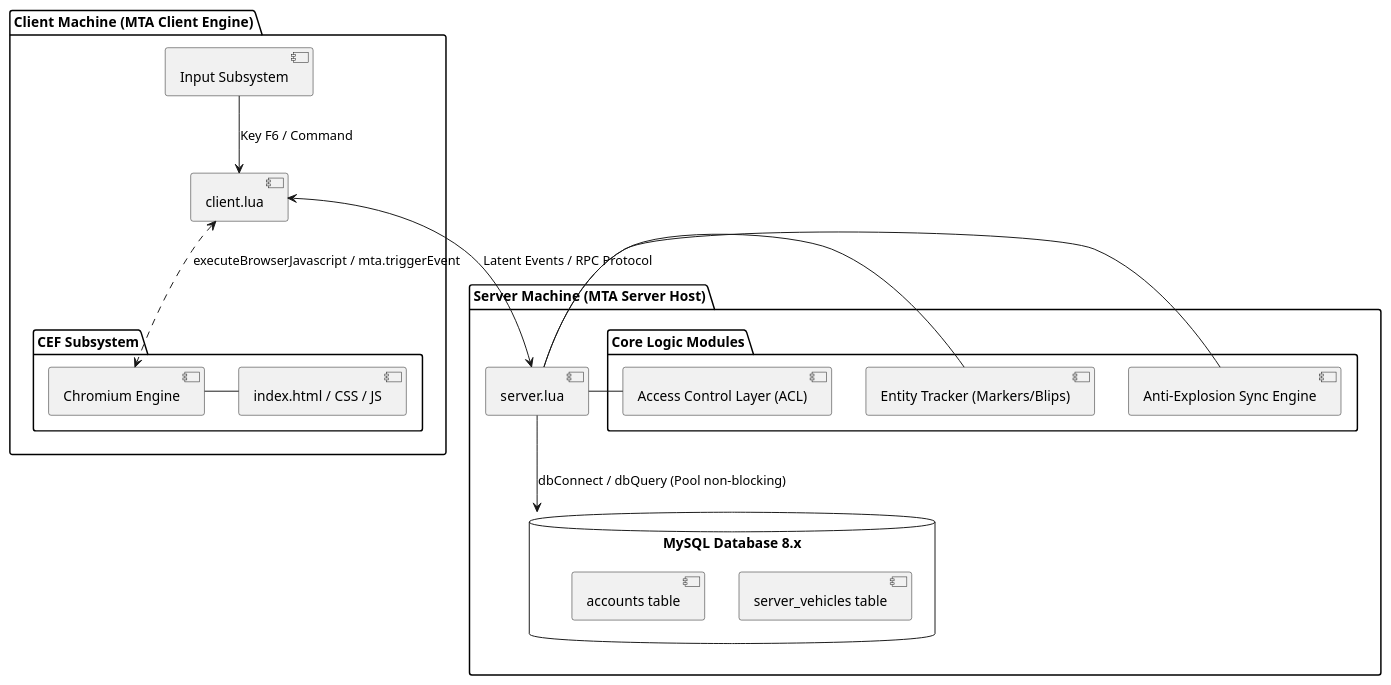
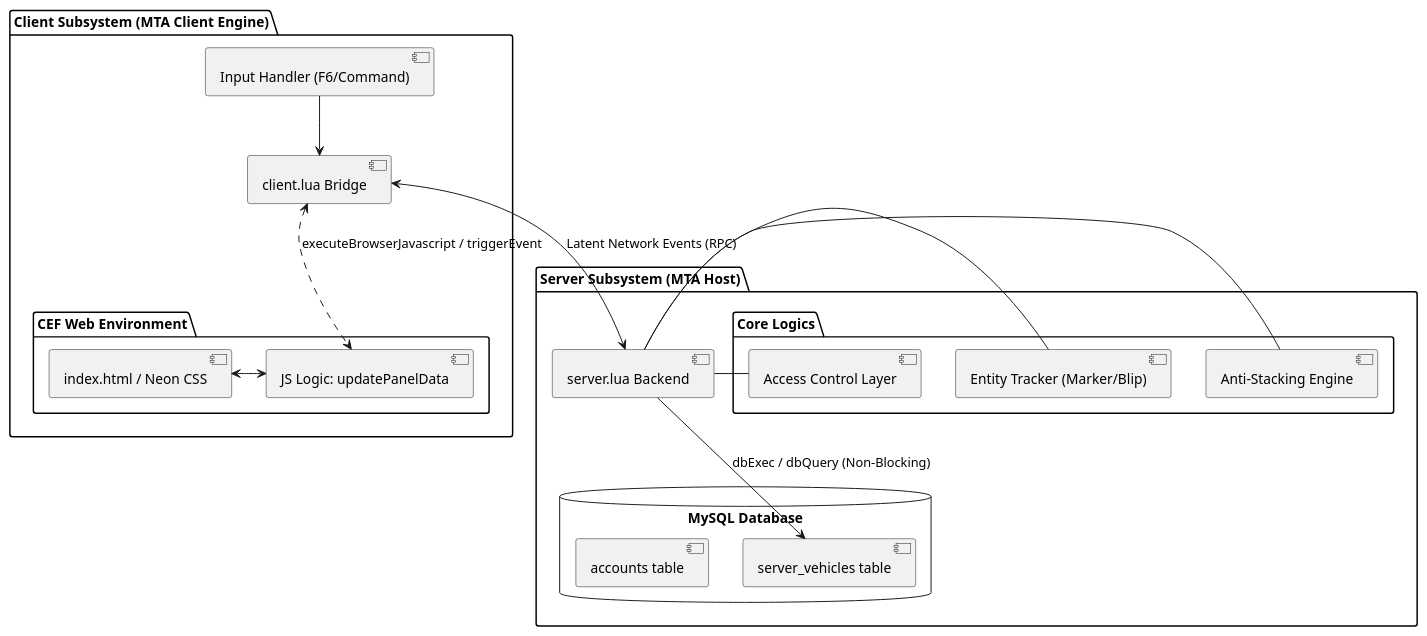
The third of 6 diagrams in resources/admin_vehicles/ReadMe.md (Silent-Galaxy/SilentRP), drawn with PlantUML before and after one commit. The commit also changed other lines of this file, not shown here.

````diff
--- a/resources/admin_vehicles/ReadMe.md
+++ b/resources/admin_vehicles/ReadMe.md
@@ -128,25 +190,27 @@
+```plantuml
 @startuml
-package "Client Machine (MTA Client Engine)" {
-  [Input Subsystem] --> [client.lua] : Key F6 / Command
-  package "CEF Subsystem" {
-    [Chromium Engine] - [index.html / CSS / JS]
+package "Client Subsystem (MTA Client Engine)" {
+  [Input Handler (F6/Command)] --> [client.lua Bridge]
+  package "CEF Web Environment" {
+    [index.html / Neon CSS] <-> [JS Logic: updatePanelData]
   }
-  [client.lua] <..> [Chromium Engine] : executeBrowserJavascript / mta.triggerEvent
+  [client.lua Bridge] <..> [JS Logic: updatePanelData] : executeBrowserJavascript / triggerEvent
 }
 
-package "Server Machine (MTA Server Host)" {
-  [client.lua] <--> [server.lua] : Latent Events / RPC Protocol
+package "Server Subsystem (MTA Host)" {
+  [client.lua Bridge] <--> [server.lua Backend] : Latent Network Events (RPC)
   
-  package "Core Logic Modules" {
-    [Anti-Explosion Sync Engine] - [server.lua]
-    [Entity Tracker (Markers/Blips)] - [server.lua]
-    [Access Control Layer (ACL)] - [server.lua]
+  package "Core Logics" {
+    [Anti-Stacking Engine] - [server.lua Backend]
+    [Entity Tracker (Marker/Blip)] - [server.lua Backend]
+    [Access Control Layer] - [server.lua Backend]
   }
 
-  database "MySQL Database 8.x" {
+  database "MySQL Database" {
     [server_vehicles table]
     [accounts table]
   }
-  [server.lua] --> [MySQL Database 8.x] : dbConnect / dbQuery (Pool non-blocking)
+  [server.lua Backend] --> [server_vehicles table] : dbExec / dbQuery (Non-Blocking)
 }
 @enduml
+```
````
